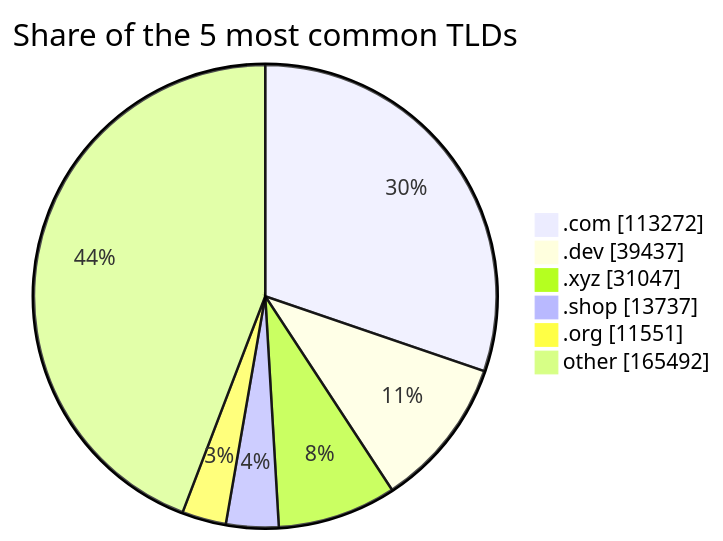
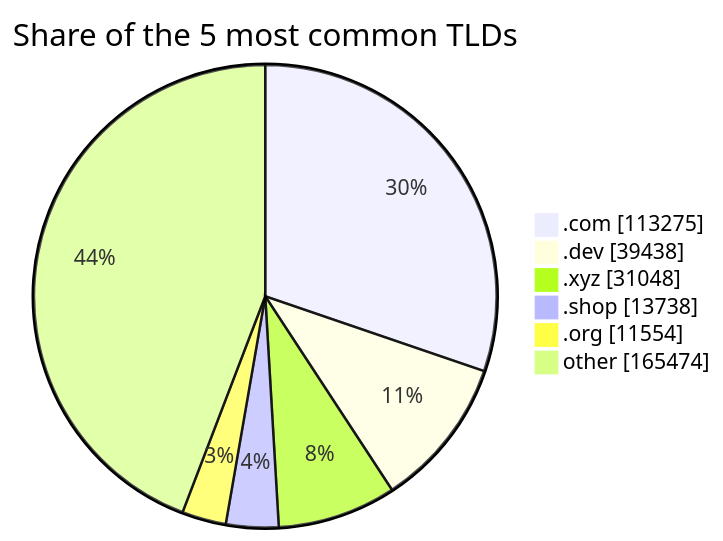
Before and after one commit to DNSBunker/CTI: the third of 3 diagrams in README.md, drawn with Mermaid. The commit also changed other lines of this file and 3 other files, not shown here.

````diff
--- a/README.md
+++ b/README.md
@@ -81,9 +81,9 @@
 ```mermaid
 pie showData title Share of the 5 most common TLDs
-    ".com" : 113272
-    ".dev" : 39437
-    ".xyz" : 31047
-    ".shop" : 13737
-    ".org" : 11551
-    "other" : 165492
+    ".com" : 113275
+    ".dev" : 39438
+    ".xyz" : 31048
+    ".shop" : 13738
+    ".org" : 11554
+    "other" : 165474
 ```
````
